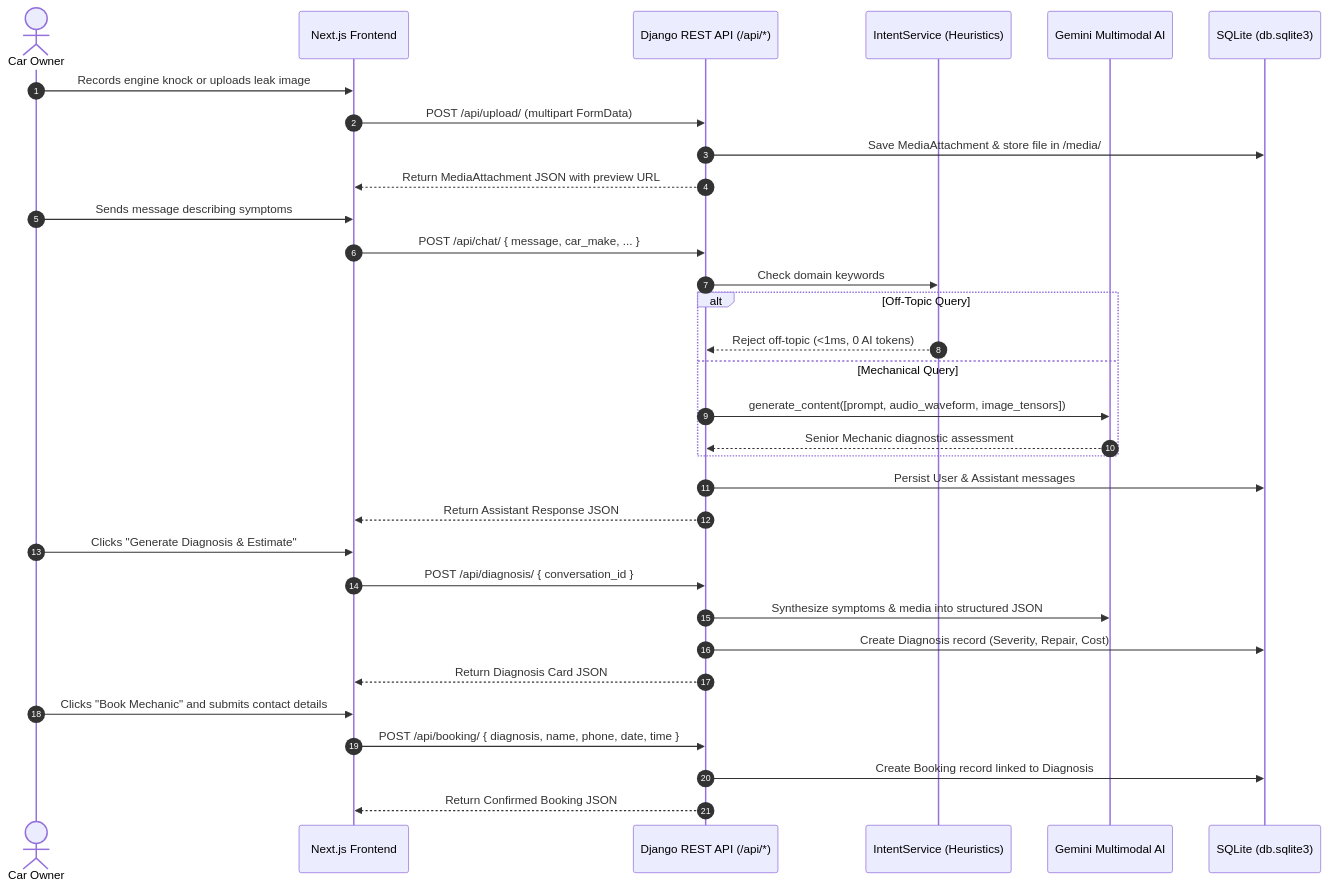
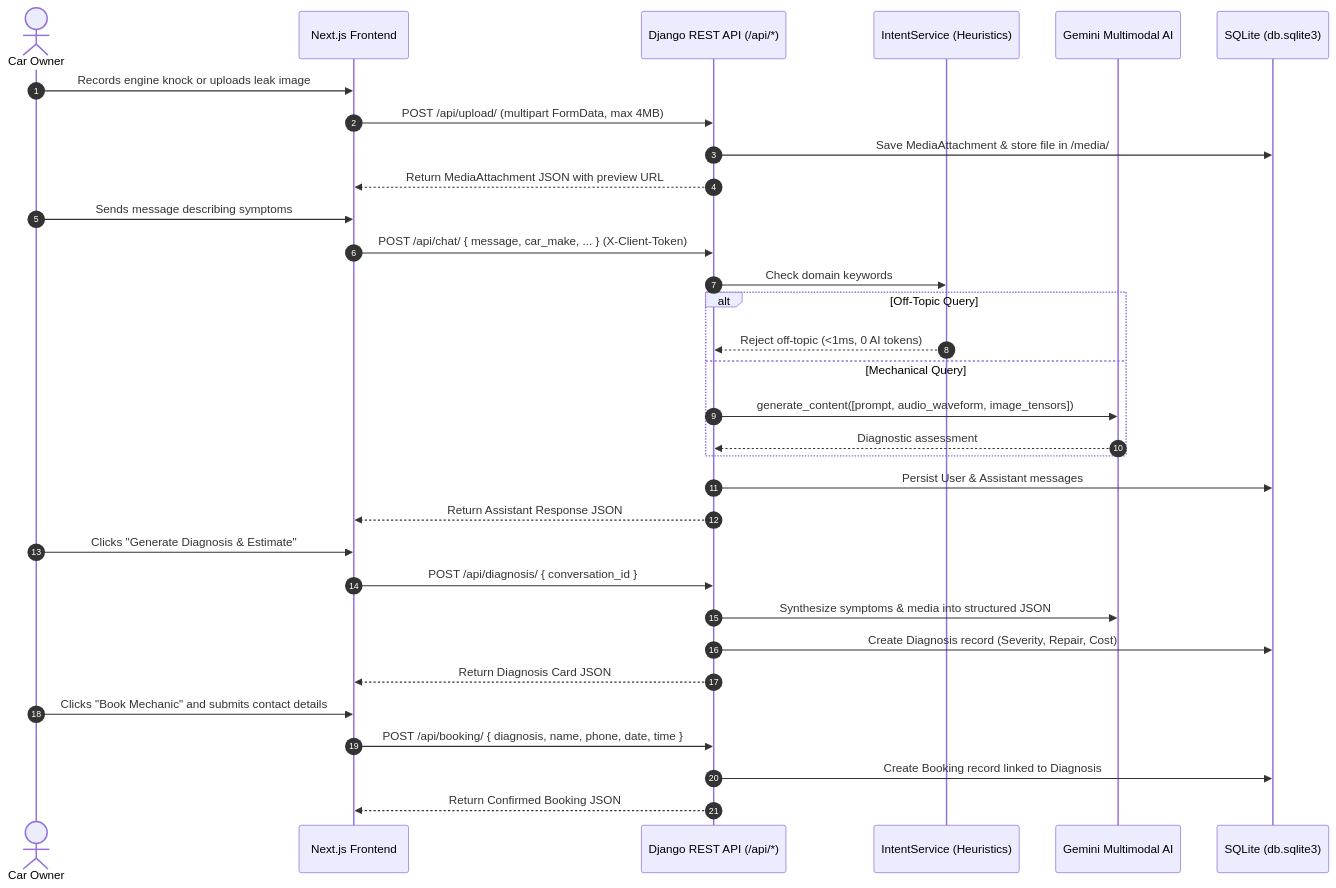
One commit to ChetanSingh14/AI-Car-Mechanic-Chatbot-Backend changed the first of 2 diagrams in README.md. Above: the diagram before and after it, drawn with Mermaid. The commit also changed other lines of this file and 8 other files, not shown here.

````diff
--- a/README.md
+++ b/README.md
@@ -129,38 +151,38 @@
 ```mermaid
 sequenceDiagram
     autonumber
     actor User as Car Owner
     participant Web as Next.js Frontend
     participant API as Django REST API (/api/*)
     participant Intent as IntentService (Heuristics)
     participant AI as Gemini Multimodal AI
     participant DB as SQLite (db.sqlite3)
 
     User->>Web: Records engine knock or uploads leak image
-    Web->>API: POST /api/upload/ (multipart FormData)
+    Web->>API: POST /api/upload/ (multipart FormData, max 4MB)
     API->>DB: Save MediaAttachment & store file in /media/
     API-->>Web: Return MediaAttachment JSON with preview URL
 
     User->>Web: Sends message describing symptoms
-    Web->>API: POST /api/chat/ { message, car_make, ... }
+    Web->>API: POST /api/chat/ { message, car_make, ... } (X-Client-Token)
     API->>Intent: Check domain keywords
     alt Off-Topic Query
         Intent-->>API: Reject off-topic (<1ms, 0 AI tokens)
     else Mechanical Query
         API->>AI: generate_content([prompt, audio_waveform, image_tensors])
-        AI-->>API: Senior Mechanic diagnostic assessment
+        AI-->>API: Diagnostic assessment
     end
     API->>DB: Persist User & Assistant messages
     API-->>Web: Return Assistant Response JSON
 
     User->>Web: Clicks "Generate Diagnosis & Estimate"
     Web->>API: POST /api/diagnosis/ { conversation_id }
     API->>AI: Synthesize symptoms & media into structured JSON
     API->>DB: Create Diagnosis record (Severity, Repair, Cost)
     API-->>Web: Return Diagnosis Card JSON
 
     User->>Web: Clicks "Book Mechanic" and submits contact details
     Web->>API: POST /api/booking/ { diagnosis, name, phone, date, time }
     API->>DB: Create Booking record linked to Diagnosis
     API-->>Web: Return Confirmed Booking JSON
 ```
````
